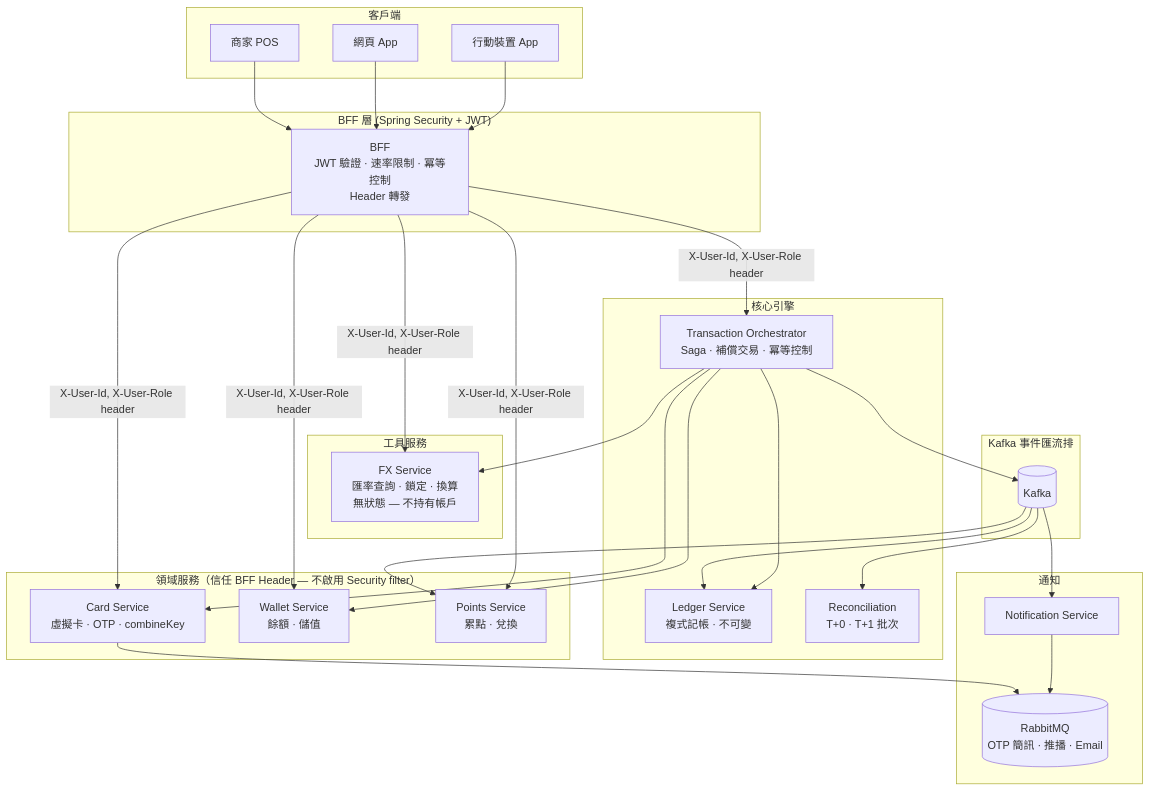
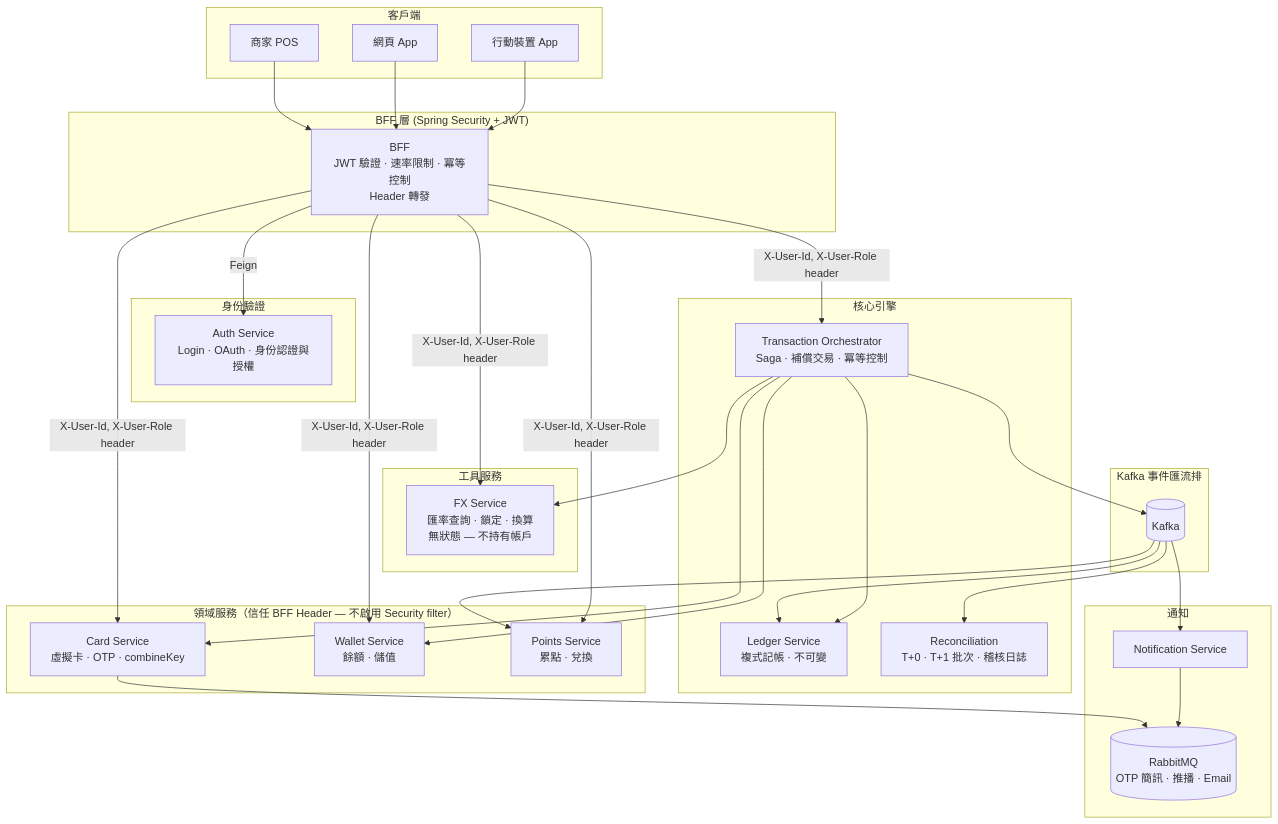
The diagram in guideline/1-system-architecture-zh-tw.md (Williamrightone/WillCard_Doc), drawn with Mermaid before and after one commit. The commit also changed other lines of this file and 5 other files, not shown here.

````diff
--- a/guideline/1-system-architecture-zh-tw.md
+++ b/guideline/1-system-architecture-zh-tw.md
@@ -36,61 +36,66 @@
 ```mermaid
 graph TB
     subgraph Clients["客戶端"]
         MA[行動裝置 App]
         WA[網頁 App]
         POS[商家 POS]
     end
 
     subgraph BFF_Layer["BFF 層 (Spring Security + JWT)"]
         BFF[BFF<br/>JWT 驗證 · 速率限制 · 冪等控制<br/>Header 轉發]
+    end
+
+    subgraph Auth_Layer["身份驗證"]
+        AUTH[Auth Service<br/>Login · OAuth · 身份認證與授權]
     end
 
     subgraph Domain_Layer["領域服務（信任 BFF Header — 不啟用 Security filter）"]
         CARD[Card Service<br/>虛擬卡 · OTP · combineKey]
         WALLET[Wallet Service<br/>餘額 · 儲值]
         POINTS[Points Service<br/>累點 · 兌換]
     end
 
     subgraph Utility_Layer["工具服務"]
         FX[FX Service<br/>匯率查詢 · 鎖定 · 換算<br/>無狀態 — 不持有帳戶]
     end
 
     subgraph Core_Layer["核心引擎"]
         ORCH[Transaction Orchestrator<br/>Saga · 補償交易 · 冪等控制]
         LEDGER[Ledger Service<br/>複式記帳 · 不可變]
-        RECON[Reconciliation<br/>T+0 · T+1 批次]
+        RECON[Reconciliation<br/>T+0 · T+1 批次 · 稽核日誌]
     end
 
     subgraph Event_Bus["Kafka 事件匯流排"]
         KAFKA[(Kafka)]
     end
 
     subgraph Notification_Layer["通知"]
         NOTIFY[Notification Service]
         MQ[(RabbitMQ<br/>OTP 簡訊 · 推播 · Email)]
     end
 
     MA --> BFF
     WA --> BFF
     POS --> BFF
 
+    BFF -->|Feign| AUTH
     BFF -->|X-User-Id, X-User-Role header| CARD
     BFF -->|X-User-Id, X-User-Role header| WALLET
     BFF -->|X-User-Id, X-User-Role header| POINTS
     BFF -->|X-User-Id, X-User-Role header| FX
     BFF -->|X-User-Id, X-User-Role header| ORCH
 
     ORCH --> CARD
     ORCH --> WALLET
     ORCH --> FX
     ORCH --> LEDGER
     ORCH --> KAFKA
 
     KAFKA --> POINTS
     KAFKA --> LEDGER
     KAFKA --> RECON
     KAFKA --> NOTIFY
 
     NOTIFY --> MQ
     CARD --> MQ
 ```
````
